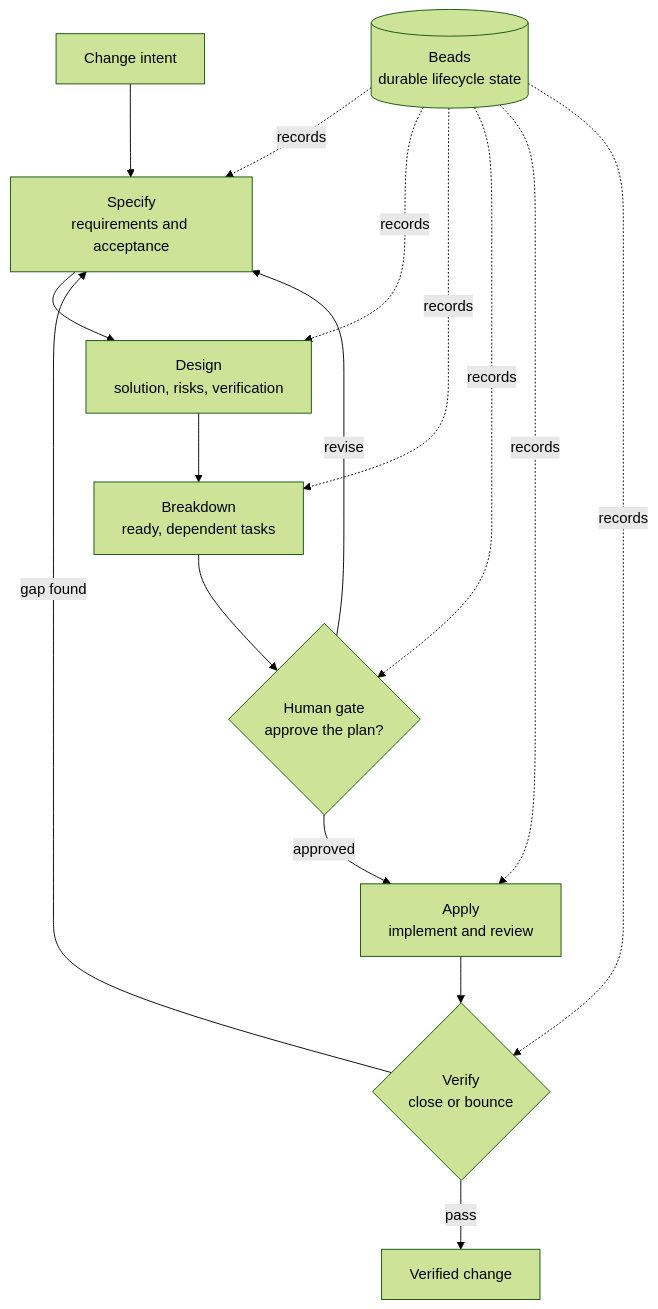
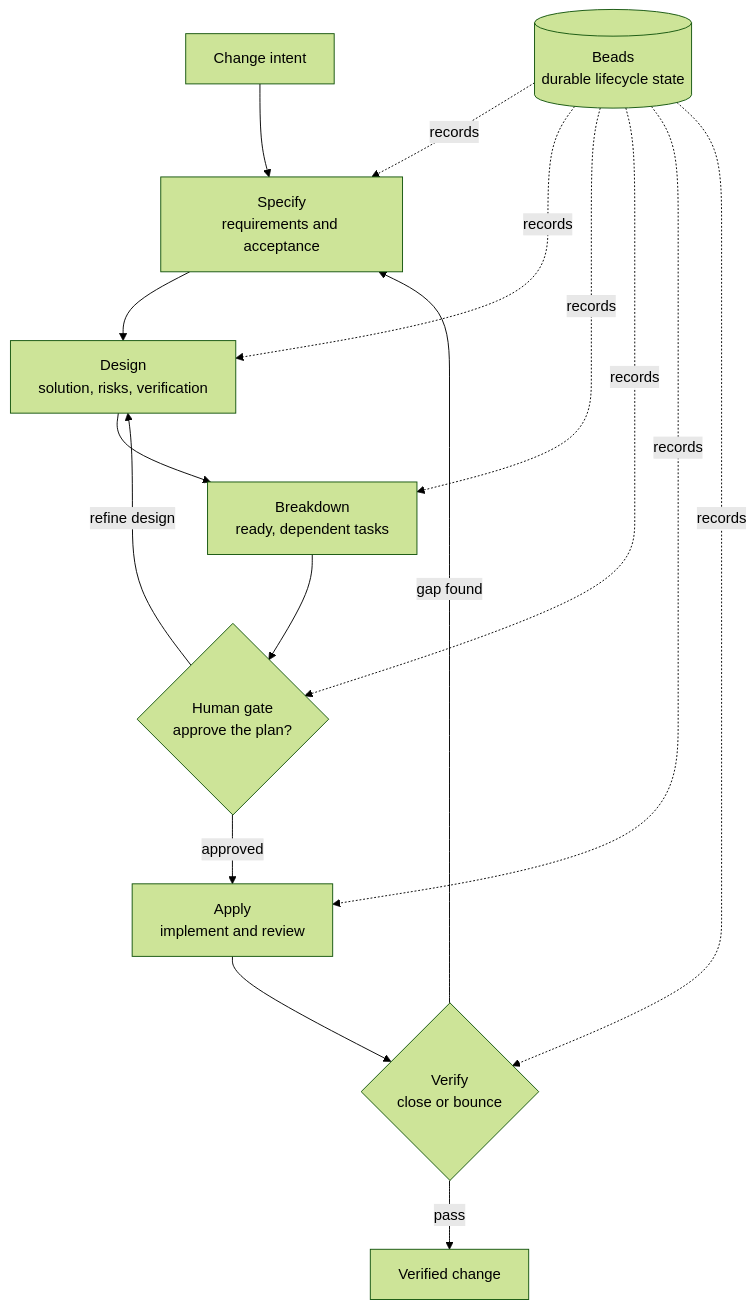
The first of 2 diagrams in README.md (baldaworks/prism), drawn with Mermaid (forest theme) before and after one commit. The commit also changed other lines of this file and 13 other files, not shown here.

````diff
--- a/README.md
+++ b/README.md
@@ -16,20 +16,20 @@
 ```mermaid
 flowchart TB
     I["Change intent"] --> S["Specify<br/>requirements and acceptance"]
     S --> D["Design<br/>solution, risks, verification"]
     D --> B["Breakdown<br/>ready, dependent tasks"]
     B --> H{"Human gate<br/>approve the plan?"}
     H -->|approved| A["Apply<br/>implement and review"]
-    H -->|revise| S
+    H -->|refine design| D
     A --> V{"Verify<br/>close or bounce"}
     V -->|pass| C["Verified change"]
     V -->|gap found| S
 
     DB[("Beads<br/>durable lifecycle state")]
     DB -. records .-> S
     DB -. records .-> D
     DB -. records .-> B
     DB -. records .-> H
     DB -. records .-> A
     DB -. records .-> V
 ```
````
